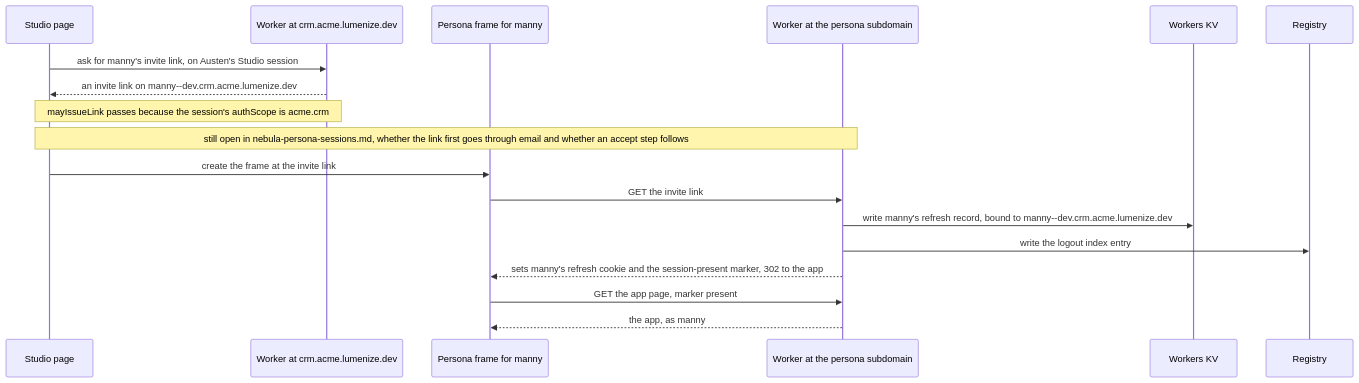
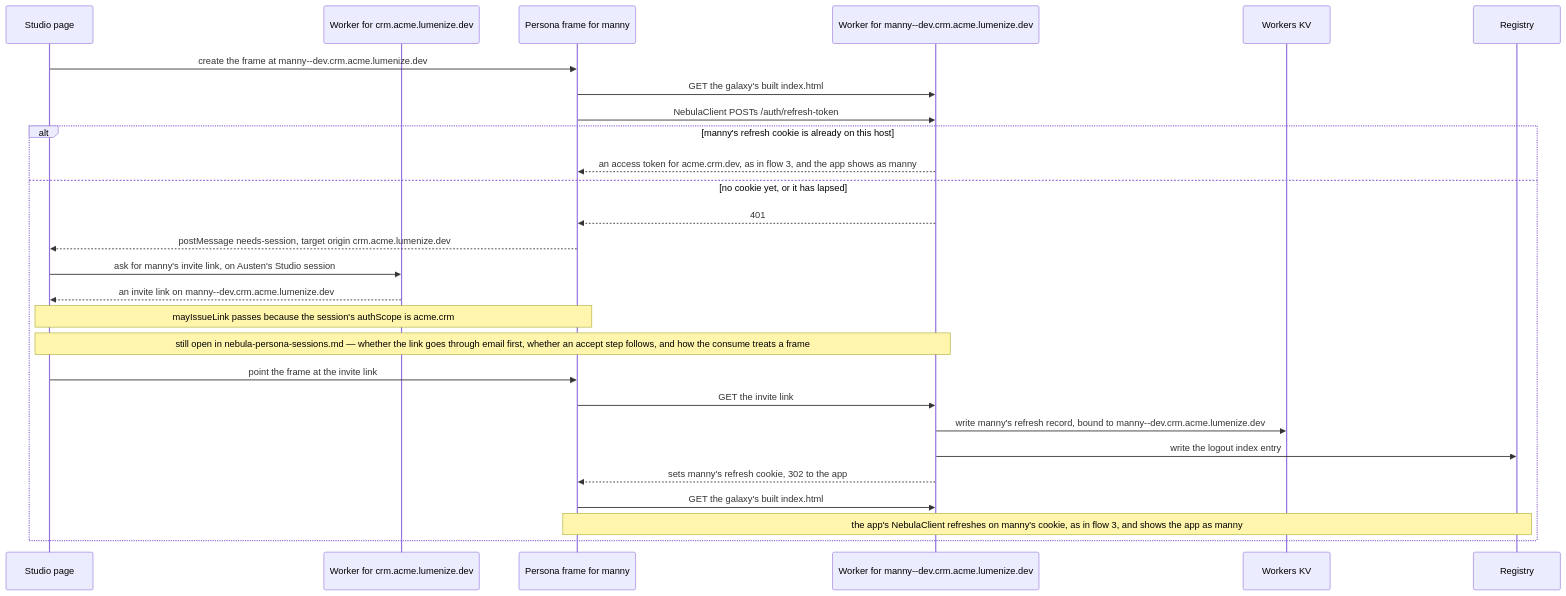
Before and after one commit to lumenize/lumenize: the sixth of 7 diagrams in tasks/sessions-per-origin.md, drawn with Mermaid. The commit also changed other lines of this file and 5 other files, not shown here.

First line of the commit message:
docs(sessions): client-started sessions, the as-you dev tab, and ADR-021's review

````diff
--- a/tasks/sessions-per-origin.md
+++ b/tasks/sessions-per-origin.md
@@ -201,21 +222,30 @@
 ```mermaid
 sequenceDiagram
     participant SP as Studio page
-    participant ST as Worker at crm.acme.lumenize.dev
+    participant ST as Worker for crm.acme.lumenize.dev
     participant PF as Persona frame for manny
-    participant PW as Worker at the persona subdomain
+    participant PW as Worker for manny--dev.crm.acme.lumenize.dev
     participant K as Workers KV
     participant R as Registry
 
-    SP->>ST: ask for manny's invite link, on Austen's Studio session
-    ST-->>SP: an invite link on manny--dev.crm.acme.lumenize.dev
-    Note over SP,ST: mayIssueLink passes because the session's authScope is acme.crm
-    Note over SP,PW: still open in nebula-persona-sessions.md, whether the link first goes through email and whether an accept step follows
-    SP->>PF: create the frame at the invite link
-    PF->>PW: GET the invite link
-    PW->>K: write manny's refresh record, bound to manny--dev.crm.acme.lumenize.dev
-    PW->>R: write the logout index entry
-    PW-->>PF: sets manny's refresh cookie and the session-present marker, 302 to the app
-    PF->>PW: GET the app page, marker present
-    PW-->>PF: the app, as manny
+    SP->>PF: create the frame at manny--dev.crm.acme.lumenize.dev
+    PF->>PW: GET the galaxy's built index.html
+    PF->>PW: NebulaClient POSTs /auth/refresh-token
+    alt manny's refresh cookie is already on this host
+        PW-->>PF: an access token for acme.crm.dev, as in flow 3, and the app shows as manny
+    else no cookie yet, or it has lapsed
+        PW-->>PF: 401
+        PF-->>SP: postMessage needs-session, target origin crm.acme.lumenize.dev
+        SP->>ST: ask for manny's invite link, on Austen's Studio session
+        ST-->>SP: an invite link on manny--dev.crm.acme.lumenize.dev
+        Note over SP,PF: mayIssueLink passes because the session's authScope is acme.crm
+        Note over SP,PW: still open in nebula-persona-sessions.md — whether the link goes through email first, whether an accept step follows, and how the consume treats a frame
+        SP->>PF: point the frame at the invite link
+        PF->>PW: GET the invite link
+        PW->>K: write manny's refresh record, bound to manny--dev.crm.acme.lumenize.dev
+        PW->>R: write the logout index entry
+        PW-->>PF: sets manny's refresh cookie, 302 to the app
+        PF->>PW: GET the galaxy's built index.html
+        Note over PF,R: the app's NebulaClient refreshes on manny's cookie, as in flow 3, and shows the app as manny
+    end
 ```
````
